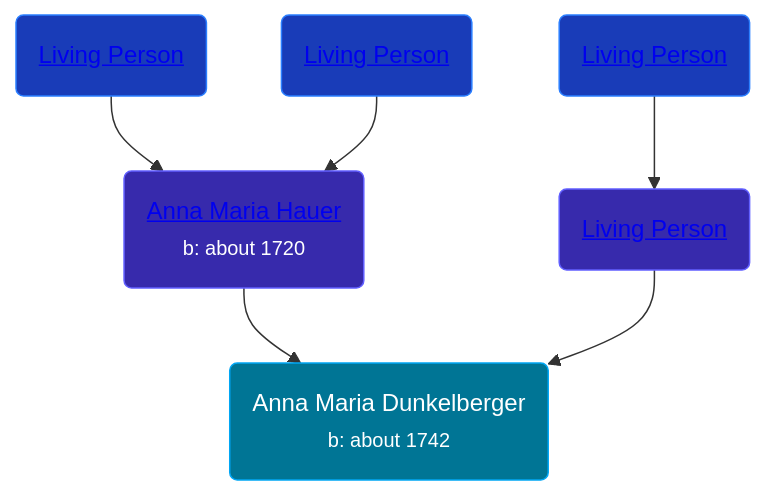
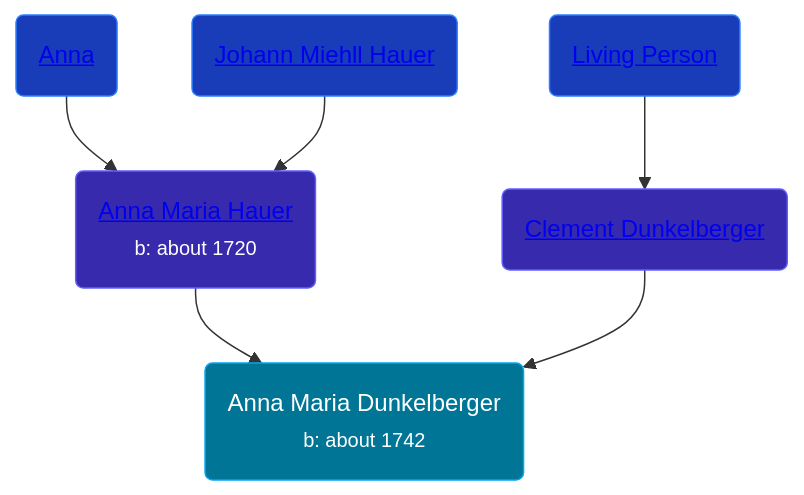
The diagram in pages/people/2/28076308.md (wpmgotkh/wpmgotkh.github.io), drawn with Mermaid before and after one commit. The commit also changed other lines of this file and 586 other files, not shown here.

Commit message:
feat: better shouldConsiderPersonLiving algo

````diff
--- a/pages/people/2/28076308.md
+++ b/pages/people/2/28076308.md
@@ -10,12 +10,12 @@
 ```mermaid
 graph
 classDef grands fill:#193cb8,stroke:#2b7fff,stroke-width:1px,color:#fff;
 classDef parents fill:#372aac,stroke:#615fff,stroke-width:1px,color:#fff;
 classDef primary fill:#007595,stroke:#00a6f4,stroke-width:1px,color:#fff;
 28076308(Anna Maria Dunkelberger<br /><small>b: about 1742</small>):::primary
 22963774(<a class="text-white" href="/people/2/22963774">Anna Maria Hauer</a><br /><small>b: about 1720</small>):::parents-->28076308
-46044031(<a class="text-white" href="/people/4/46044031">Living Person</a>):::grands-->22963774
-22920858(<a class="text-white" href="/people/2/22920858">Living Person</a>):::grands-->22963774
-13545057(<a class="text-white" href="/people/1/13545057">Living Person</a>):::parents-->28076308
+46044031(<a class="text-white" href="/people/4/46044031">Anna </a>):::grands-->22963774
+22920858(<a class="text-white" href="/people/2/22920858">Johann Miehll Hauer</a>):::grands-->22963774
+13545057(<a class="text-white" href="/people/1/13545057">Clement Dunkelberger</a>):::parents-->28076308
 18284468(<a class="text-white" href="/people/1/18284468">Living Person</a>):::grands-->13545057
 ```
````
